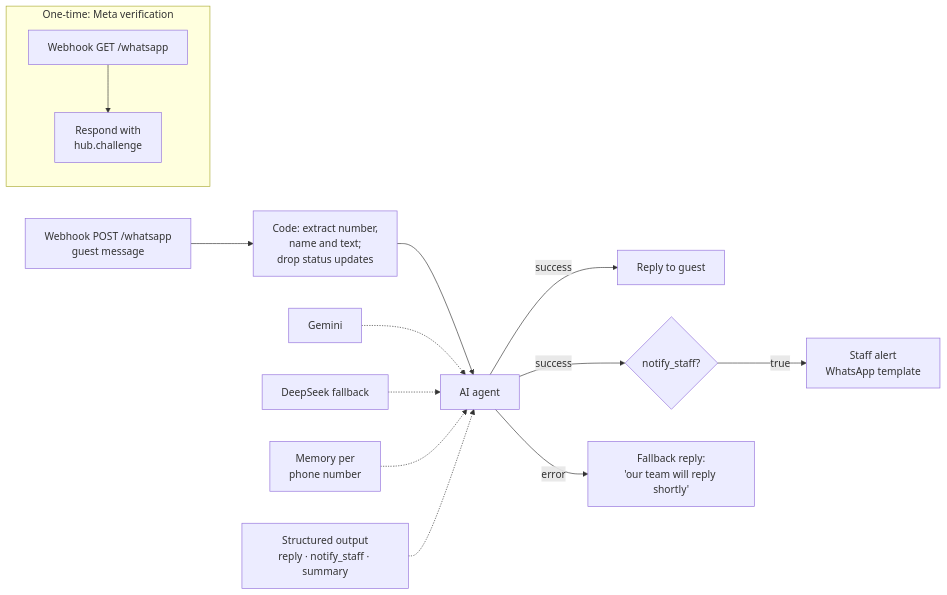
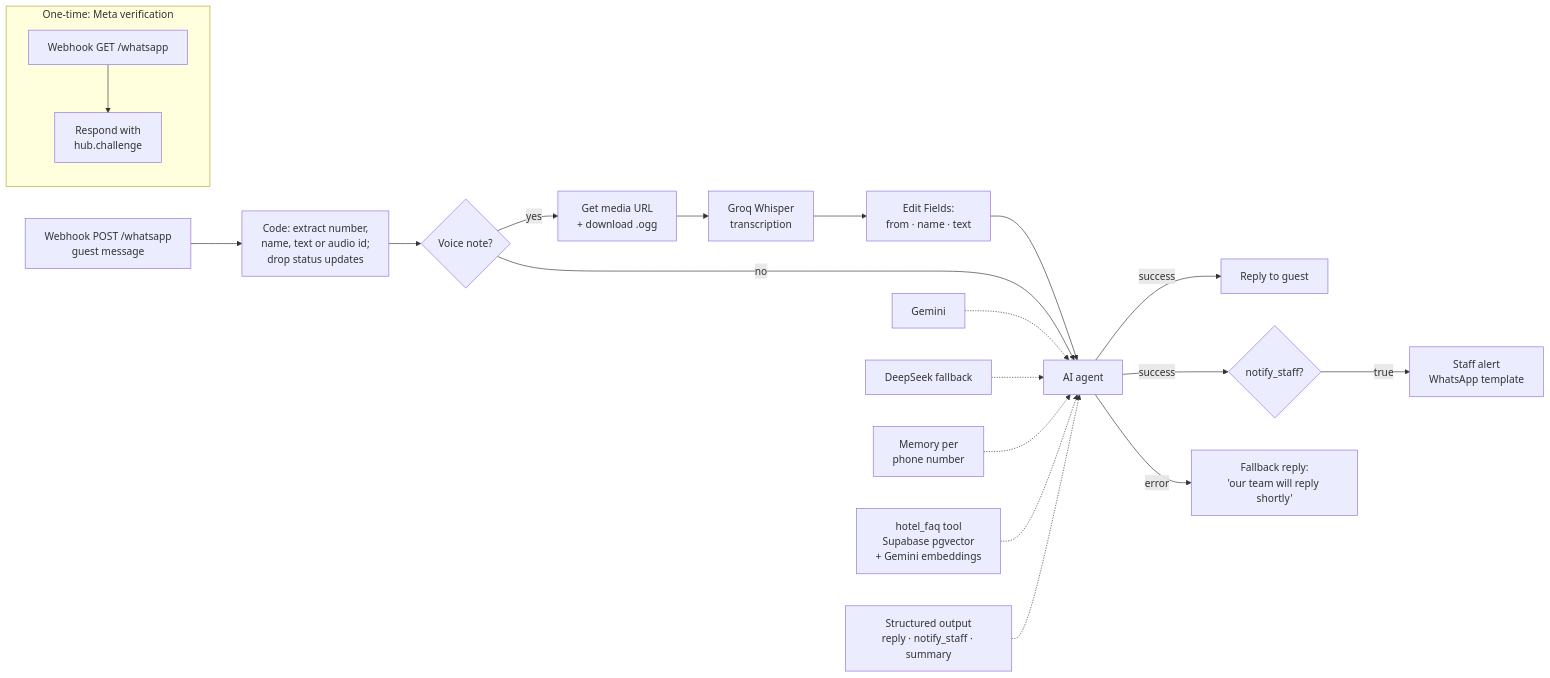
Before and after one commit to kenkuriangiboy/hotel-automation: the first of 2 diagrams in whatsapp-concierge/README.md, drawn with Mermaid. The commit also changed other lines of this file and 3 other files, not shown here.

````diff
--- a/whatsapp-concierge/README.md
+++ b/whatsapp-concierge/README.md
@@ -9,17 +9,21 @@
 ```mermaid
 flowchart LR
     subgraph Verify[One-time: Meta verification]
         G[Webhook GET /whatsapp] --> RW[Respond with<br/>hub.challenge]
     end
 
-    P[Webhook POST /whatsapp<br/>guest message] --> C[Code: extract number,<br/>name and text;<br/>drop status updates]
-    C --> A[AI agent]
+    P[Webhook POST /whatsapp<br/>guest message] --> C[Code: extract number,<br/>name, text or audio id;<br/>drop status updates]
+    C --> V{Voice note?}
+    V -- yes --> D[Get media URL<br/>+ download .ogg] --> T[Groq Whisper<br/>transcription] --> E[Edit Fields:<br/>from · name · text]
+    E --> A
+    V -- no --> A[AI agent]
     M1[Gemini] -.-> A
     M2[DeepSeek fallback] -.-> A
     MEM[Memory per<br/>phone number] -.-> A
+    KB[hotel_faq tool<br/>Supabase pgvector<br/>+ Gemini embeddings] -.-> A
     OP[Structured output<br/>reply · notify_staff · summary] -.-> A
     A -- success --> R[Reply to guest]
     A -- success --> I{notify_staff?}
     I -- true --> S[Staff alert<br/>WhatsApp template]
     A -- error --> F[Fallback reply:<br/>'our team will reply shortly']
 ```
````
